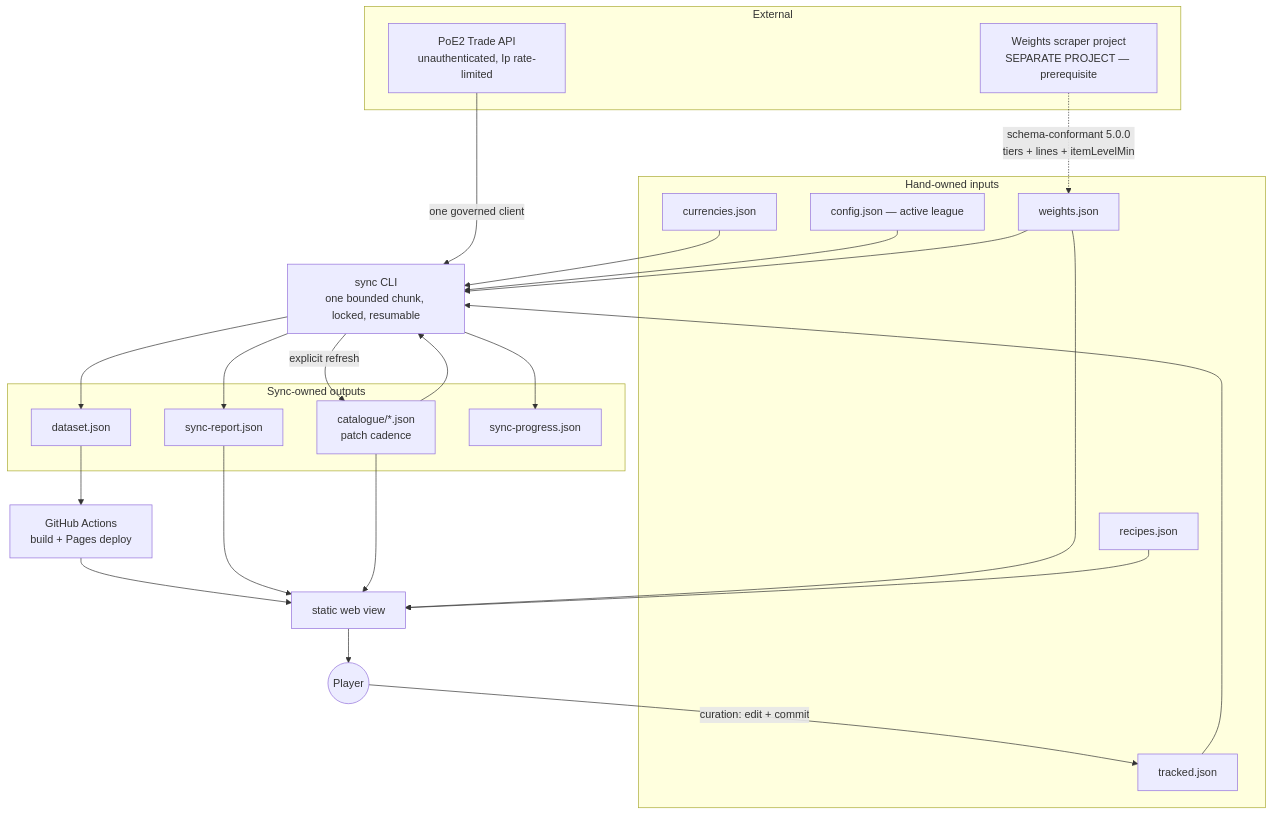
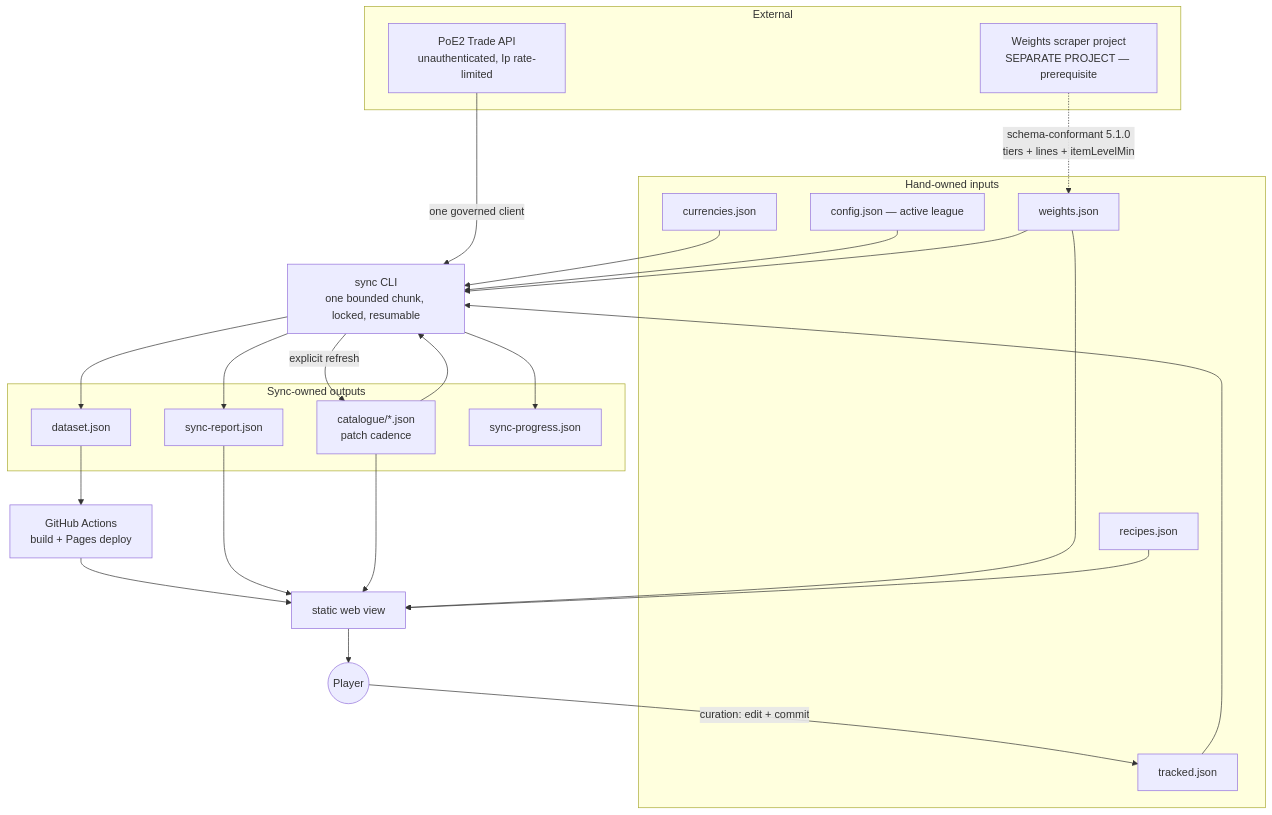
One commit to Dragsaw/poe-crafting-base-price-checker changed the second of 3 diagrams in docs/architecture/architecture-poe-crafting-base-price-checker-2026-09-12/ARCHITECTURE-SPINE.md. Above: the diagram before and after it, drawn with Mermaid. The commit also changed other lines of this file and 39 other files, not shown here.

````diff
--- a/docs/architecture/architecture-poe-crafting-base-price-checker-2026-09-12/ARCHITECTURE-SPINE.md
+++ b/docs/architecture/architecture-poe-crafting-base-price-checker-2026-09-12/ARCHITECTURE-SPINE.md
@@ -1214,47 +1669,47 @@
 ```mermaid
 graph TB
   subgraph external[External]
     trade[PoE2 Trade API<br/>unauthenticated, Ip rate-limited]
     producer[Weights scraper project<br/>SEPARATE PROJECT — prerequisite]
   end
 
   subgraph inputs[Hand-owned inputs]
     tracked[tracked.json]
     currencies[currencies.json]
     recipes[recipes.json]
     config[config.json — active league]
     weights[weights.json]
   end
 
   subgraph outputs[Sync-owned outputs]
     catalogue[catalogue/*.json<br/>patch cadence]
     dataset[dataset.json]
     report[sync-report.json]
     progress[sync-progress.json]
   end
 
   sync[sync CLI<br/>one bounded chunk, locked, resumable]
   pages[GitHub Actions<br/>build + Pages deploy]
   web[static web view]
   player((Player))
 
   trade -->|one governed client| sync
   tracked --> sync
   currencies --> sync
   config --> sync
   catalogue --> sync
   weights --> sync
   sync -->|explicit refresh| catalogue
   sync --> dataset
   sync --> report
   sync --> progress
-  producer -.->|schema-conformant 5.0.0<br/>tiers + lines + itemLevelMin| weights
+  producer -.->|schema-conformant 5.1.0<br/>tiers + lines + itemLevelMin| weights
   dataset --> pages
   pages --> web
   weights --> web
   recipes --> web
   report --> web
   catalogue --> web
   web --> player
   player -->|curation: edit + commit| tracked
 ```
````
